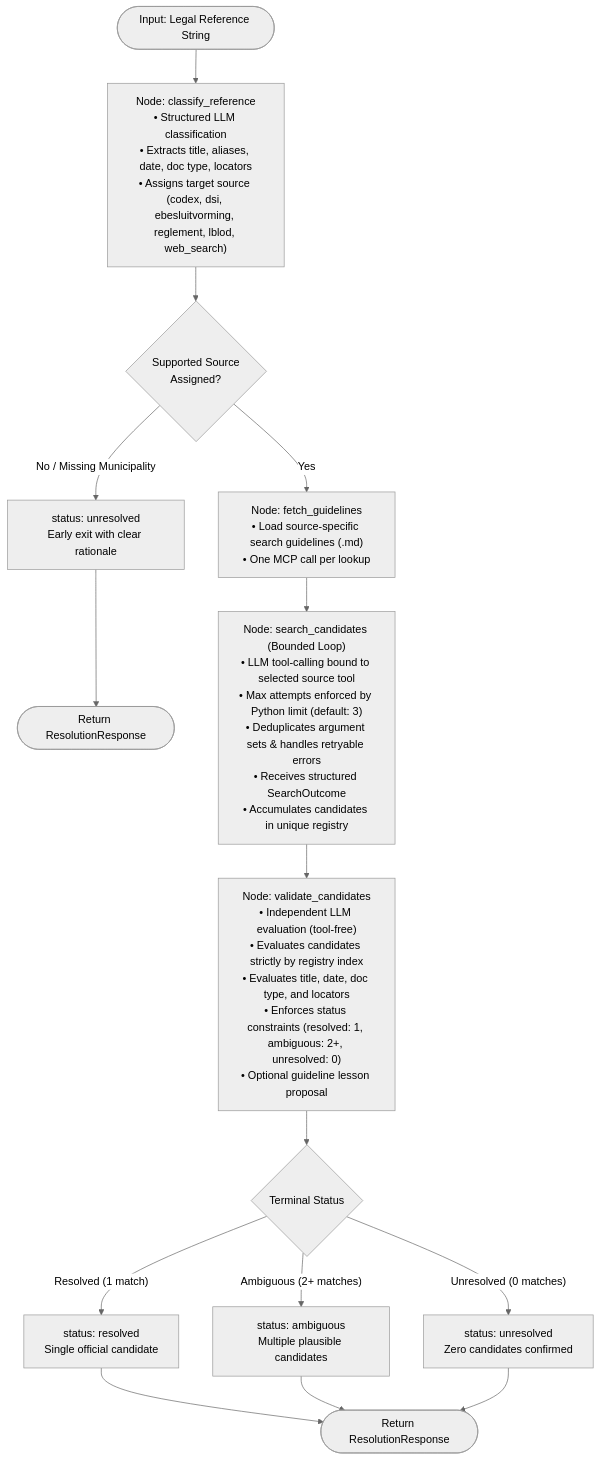
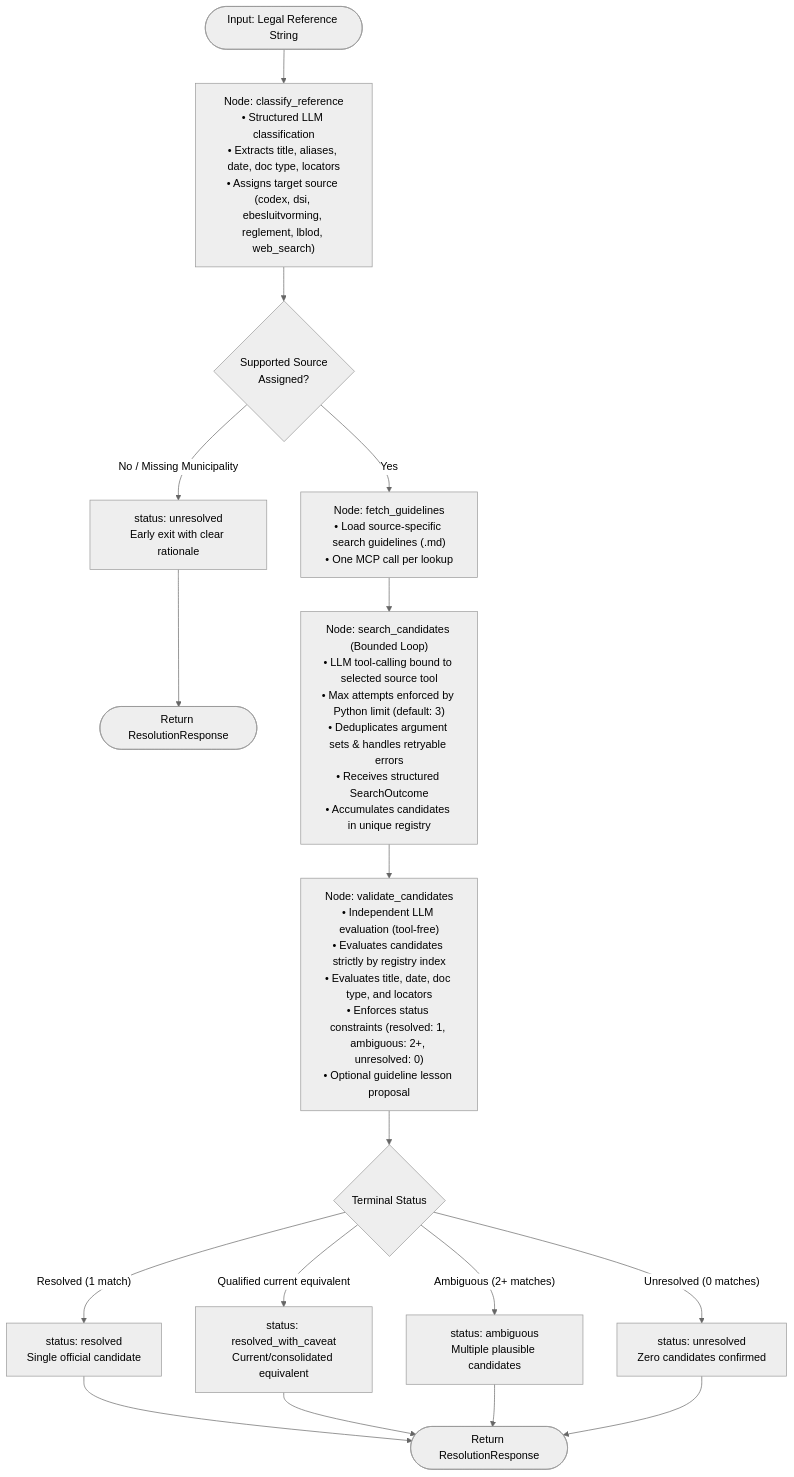
The second of 2 diagrams in README.md (semantic-ai/decision-linking-service), drawn with Mermaid (neutral theme) before and after one commit. The commit also changed other lines of this file and 29 other files, not shown here.

````diff
--- a/README.md
+++ b/README.md
@@ -115,23 +115,25 @@
 ```mermaid
 flowchart TD
     Start(["Input: Legal Reference String"]) --> Classify["Node: classify_reference<br>• Structured LLM classification<br>• Extracts title, aliases, date, doc type, locators<br>• Assigns target source (codex, dsi, ebesluitvorming, reglement, lblod, web_search)"]
 
     Classify --> RouteCheck{"Supported Source<br>Assigned?"}
 
     RouteCheck -- "No / Missing Municipality" --> FastFinish["status: unresolved<br>Early exit with clear rationale"] --> ReturnEarly(["Return ResolutionResponse"])
 
     RouteCheck -- "Yes" --> FetchGuidelines["Node: fetch_guidelines<br>• Load source-specific search guidelines (.md)<br>• One MCP call per lookup"]
 
     FetchGuidelines --> SearchCandidates["Node: search_candidates (Bounded Loop)<br>• LLM tool-calling bound to selected source tool<br>• Max attempts enforced by Python limit (default: 3)<br>• Deduplicates argument sets & handles retryable errors<br>• Receives structured SearchOutcome<br>• Accumulates candidates in unique registry"]
 
     SearchCandidates --> ValidateCandidates["Node: validate_candidates<br>• Independent LLM evaluation (tool-free)<br>• Evaluates candidates strictly by registry index<br>• Evaluates title, date, doc type, and locators<br>• Enforces status constraints (resolved: 1, ambiguous: 2+, unresolved: 0)<br>• Optional guideline lesson proposal"]
 
     ValidateCandidates --> DecisionState{"Terminal Status"}
     DecisionState -- "Resolved (1 match)" --> ResNode["status: resolved<br>Single official candidate"]
+    DecisionState -- "Qualified current equivalent" --> QualNode["status: resolved_with_caveat<br>Current/consolidated equivalent"]
     DecisionState -- "Ambiguous (2+ matches)" --> AmbNode["status: ambiguous<br>Multiple plausible candidates"]
     DecisionState -- "Unresolved (0 matches)" --> UnresNode["status: unresolved<br>Zero candidates confirmed"]
 
     ResNode --> EndResponse(["Return ResolutionResponse"])
+    QualNode --> EndResponse
     AmbNode --> EndResponse
     UnresNode --> EndResponse
 ```
````
